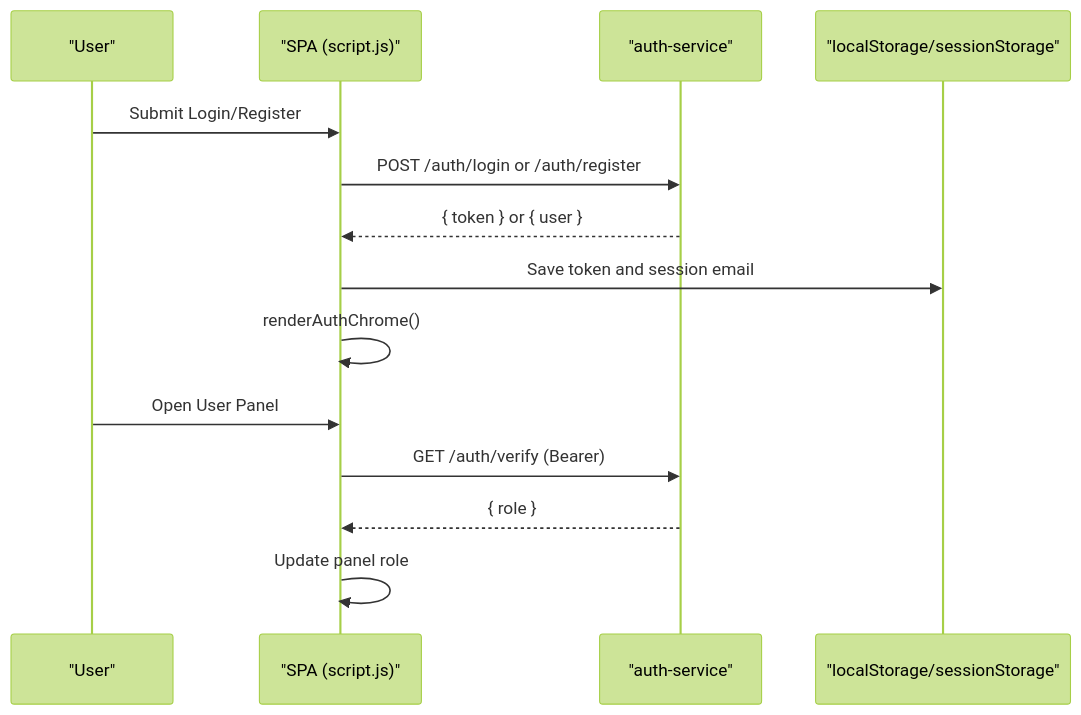
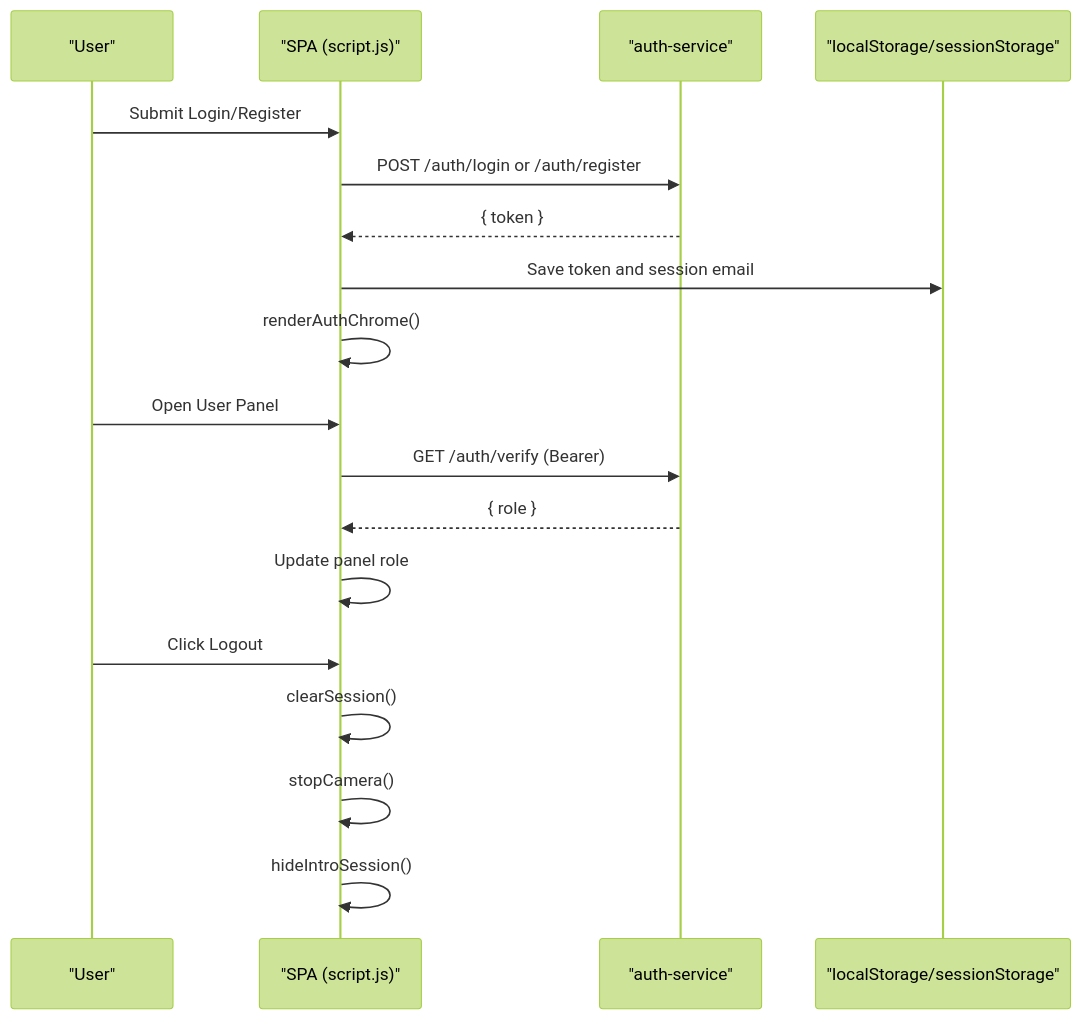
One commit to ikramhh/signvue-project changed the fifth of 9 diagrams in .qoder/repowiki/en/content/Frontend Application.md. Above: the diagram before and after it, drawn with Mermaid (forest theme). The commit also changed other lines of this file and 3 other files, not shown here.

````diff
--- a/.qoder/repowiki/en/content/Frontend Application.md
+++ b/.qoder/repowiki/en/content/Frontend Application.md
@@ -149,16 +242,20 @@
 ```mermaid
 sequenceDiagram
 participant U as "User"
 participant UI as "SPA (script.js)"
 participant AUTH as "auth-service"
 participant LS as "localStorage/sessionStorage"
 U->>UI : Submit Login/Register
 UI->>AUTH : POST /auth/login or /auth/register
-AUTH-->>UI : { token } or { user }
+AUTH-->>UI : { token }
 UI->>LS : Save token and session email
 UI->>UI : renderAuthChrome()
 U->>UI : Open User Panel
 UI->>AUTH : GET /auth/verify (Bearer)
 AUTH-->>UI : { role }
 UI->>UI : Update panel role
+U->>UI : Click Logout
+UI->>UI : clearSession()
+UI->>UI : stopCamera()
+UI->>UI : hideIntroSession()
 ```
````
